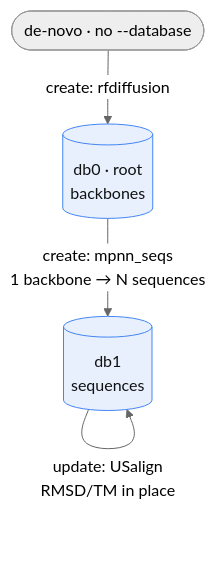
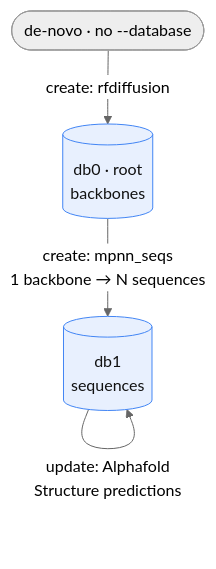
The second of 2 diagrams in README.md (jlmoraleshellin/prosapia), drawn with Mermaid (neutral theme) before and after one commit. The commit also changed other lines of this file and 28 other files, not shown here.

````diff
--- a/README.md
+++ b/README.md
@@ -167,14 +178,14 @@
 ```mermaid
 flowchart TD
     S(["de-novo · no --database"])
     R[("db0 · root<br/>backbones")]
     A[("db1<br/>sequences")]
 
     S -->|"create: rfdiffusion"| R
     R -->|"create: mpnn_seqs<br/>1 backbone → N sequences"| A
     A -->|"update: alphafold3<br/>predict + score in place"| A
-    A -->|"update: USalign<br/>RMSD/TM in place"| A
+    A -->|"update: Alphafold<br/>Structure predictions"| A
 
     classDef db fill:#e8f0fe,stroke:#4285f4,color:#111;
     class R,A db;
 ```
````
